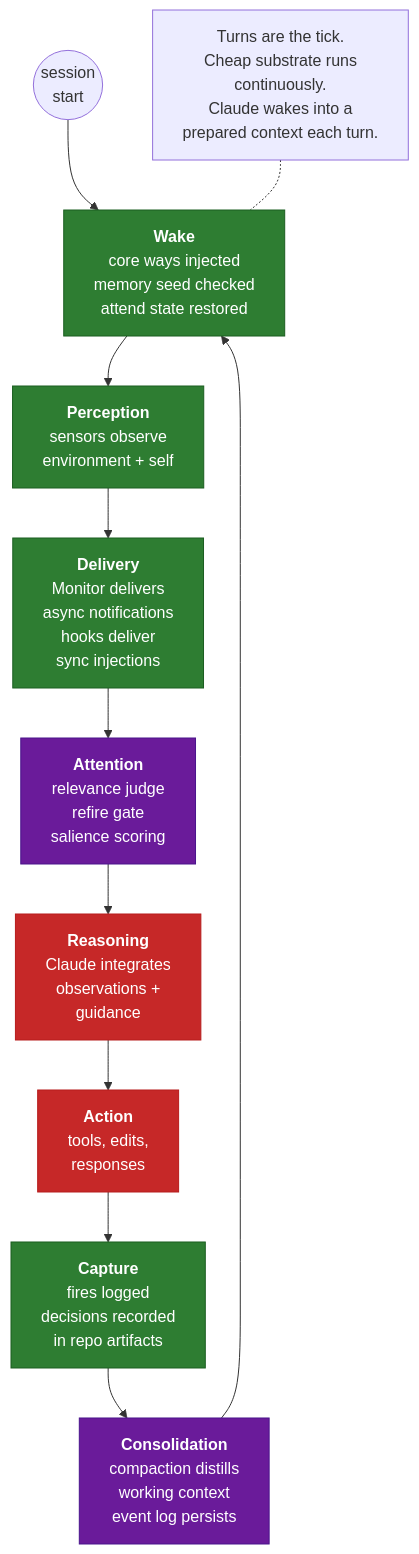
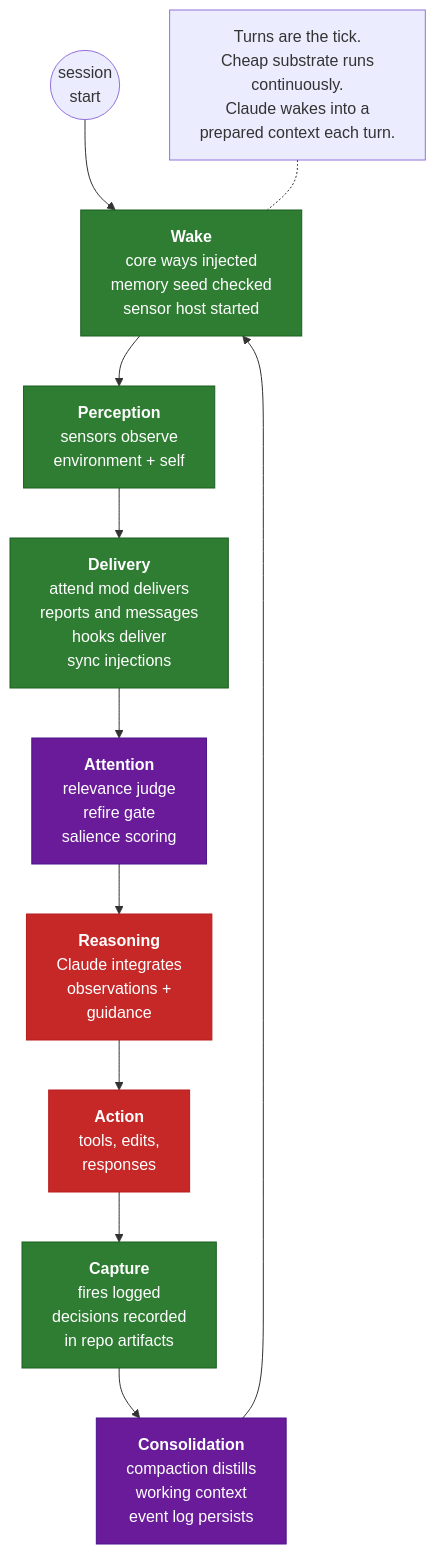
Before and after one commit to aaronsb/agent-ways: the third of 3 diagrams in docs/cognitive-loop.md, drawn with Mermaid. The commit also changed other lines of this file and 22 other files, not shown here.

First line of the commit message:
docs(attend): describe the mod and the sensor host, not attend run

````diff
--- a/docs/cognitive-loop.md
+++ b/docs/cognitive-loop.md
@@ -220,31 +221,31 @@
 ```mermaid
 flowchart TB
     classDef cheap fill:#2E7D32,stroke:#1B5E20,color:#fff
     classDef expensive fill:#C62828,stroke:#B71C1C,color:#fff
     classDef mixed fill:#6A1B9A,stroke:#4A148C,color:#fff
 
     Start((session<br/>start))
 
-    W["<b>Wake</b><br/>core ways injected<br/>memory seed checked<br/>attend state restored"]:::cheap
+    W["<b>Wake</b><br/>core ways injected<br/>memory seed checked<br/>sensor host started"]:::cheap
     P["<b>Perception</b><br/>sensors observe<br/>environment + self"]:::cheap
-    D["<b>Delivery</b><br/>Monitor delivers<br/>async notifications<br/>hooks deliver<br/>sync injections"]:::cheap
+    D["<b>Delivery</b><br/>attend mod delivers<br/>reports and messages<br/>hooks deliver<br/>sync injections"]:::cheap
     At["<b>Attention</b><br/>relevance judge<br/>refire gate<br/>salience scoring"]:::mixed
     R["<b>Reasoning</b><br/>Claude integrates<br/>observations +<br/>guidance"]:::expensive
     Ac["<b>Action</b><br/>tools, edits,<br/>responses"]:::expensive
     Ca["<b>Capture</b><br/>fires logged<br/>decisions recorded<br/>in repo artifacts"]:::cheap
     Co["<b>Consolidation</b><br/>compaction distills<br/>working context<br/>event log persists"]:::mixed
 
     Start --> W
     W --> P
     P --> D
     D --> At
     At --> R
     R --> Ac
     Ac --> Ca
     Ca --> Co
     Co --> W
 
     Note1["Turns are the tick.<br/>Cheap substrate runs<br/>continuously.<br/>Claude wakes into a<br/>prepared context each turn."]
 
     Note1 -.- W
 ```
````
